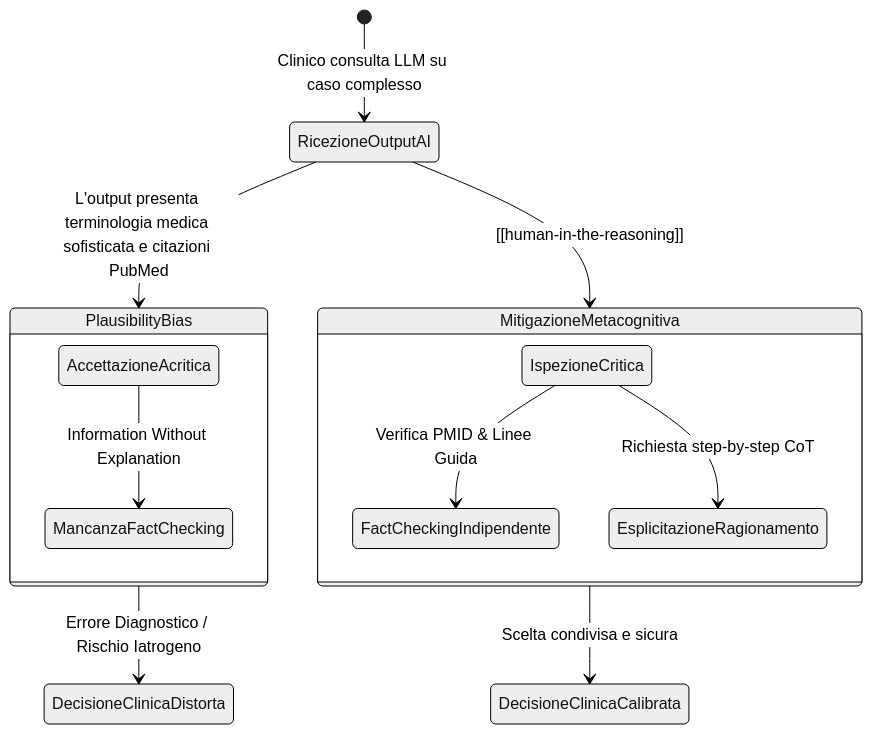
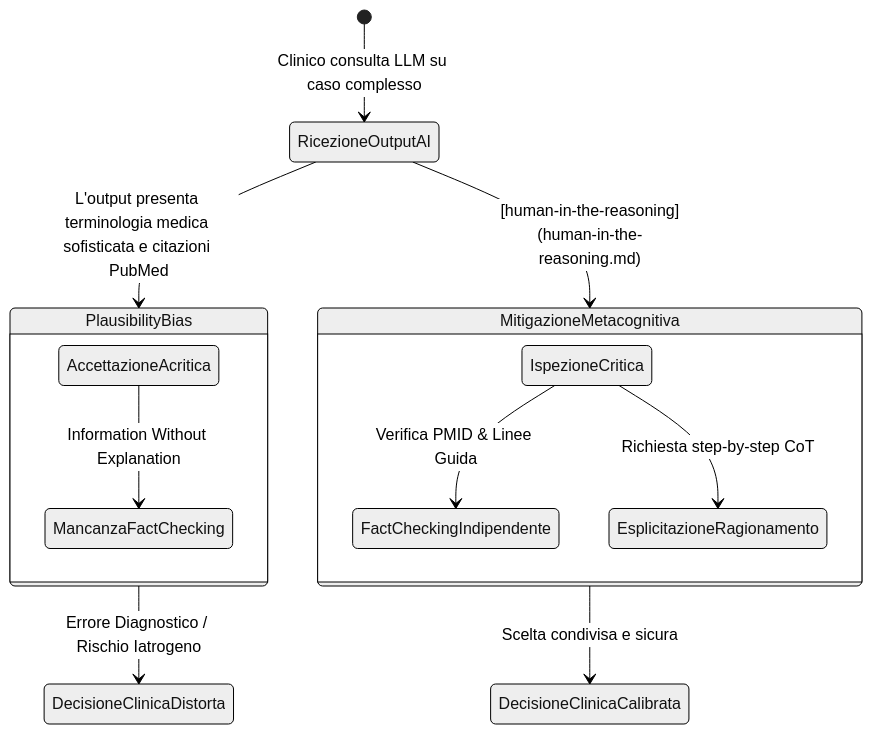
The second of 2 diagrams in content/concetti/information-without-explanation-in-clinical-ai.md (andreaferrari7-star/andreaferrari.github.io), drawn with Mermaid (neutral theme) before and after one commit. The commit also changed other lines of this file and 750 other files, not shown here.

````diff
--- a/content/concetti/information-without-explanation-in-clinical-ai.md
+++ b/content/concetti/information-without-explanation-in-clinical-ai.md
@@ -50,19 +50,19 @@
 ```mermaid
 stateDiagram-v2
     [*] --> RicezioneOutputAI: Clinico consulta LLM su caso complesso
     RicezioneOutputAI --> PlausibilityBias: L'output presenta terminologia medica sofisticata e citazioni PubMed
     
     state PlausibilityBias {
         AccettazioneAcritica --> MancanzaFactChecking: Information Without Explanation
     }
     
     PlausibilityBias --> DecisioneClinicaDistorta: Errore Diagnostico / Rischio Iatrogeno
     
     state MitigazioneMetacognitiva {
         IspezioneCritica --> FactCheckingIndipendente: Verifica PMID & Linee Guida
         IspezioneCritica --> EsplicitazioneRagionamento: Richiesta step-by-step CoT
     }
     
-    RicezioneOutputAI --> MitigazioneMetacognitiva: [[human-in-the-reasoning]]
+    RicezioneOutputAI --> MitigazioneMetacognitiva: [human-in-the-reasoning](human-in-the-reasoning.md)
     MitigazioneMetacognitiva --> DecisioneClinicaCalibrata: Scelta condivisa e sicura
 ```
````
